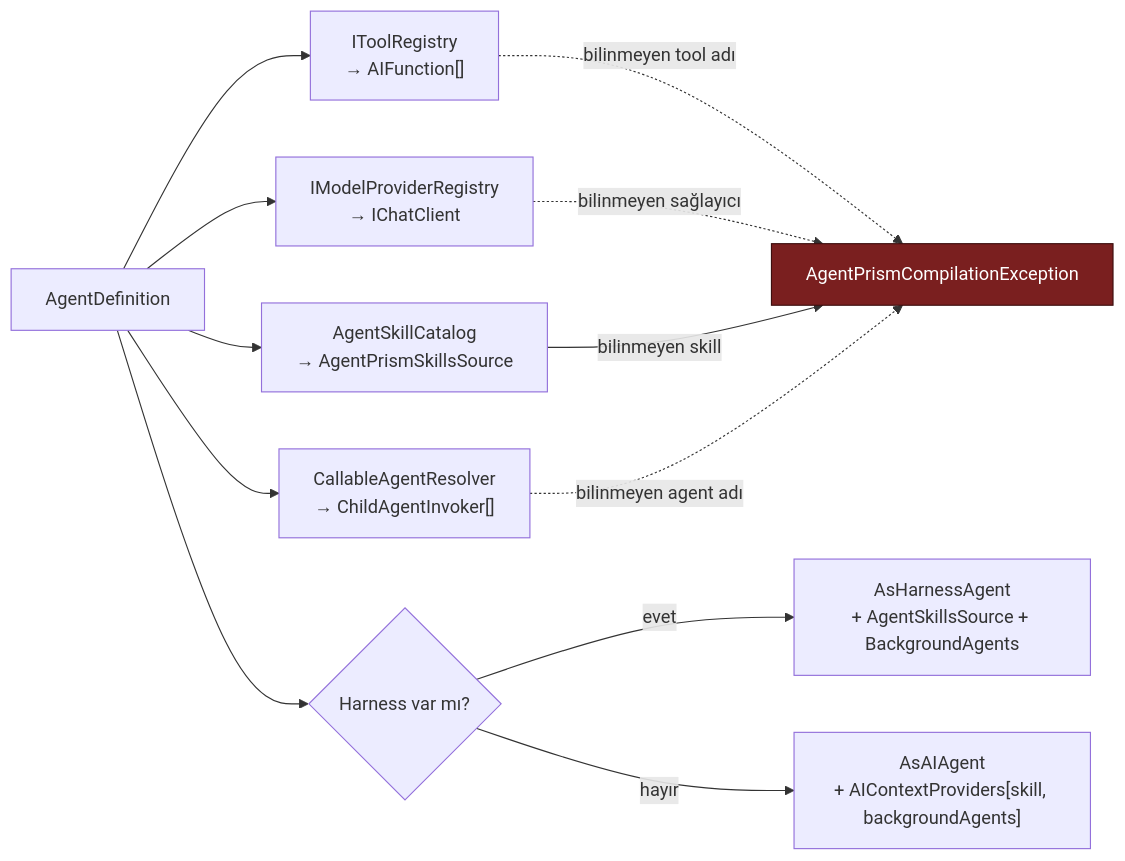
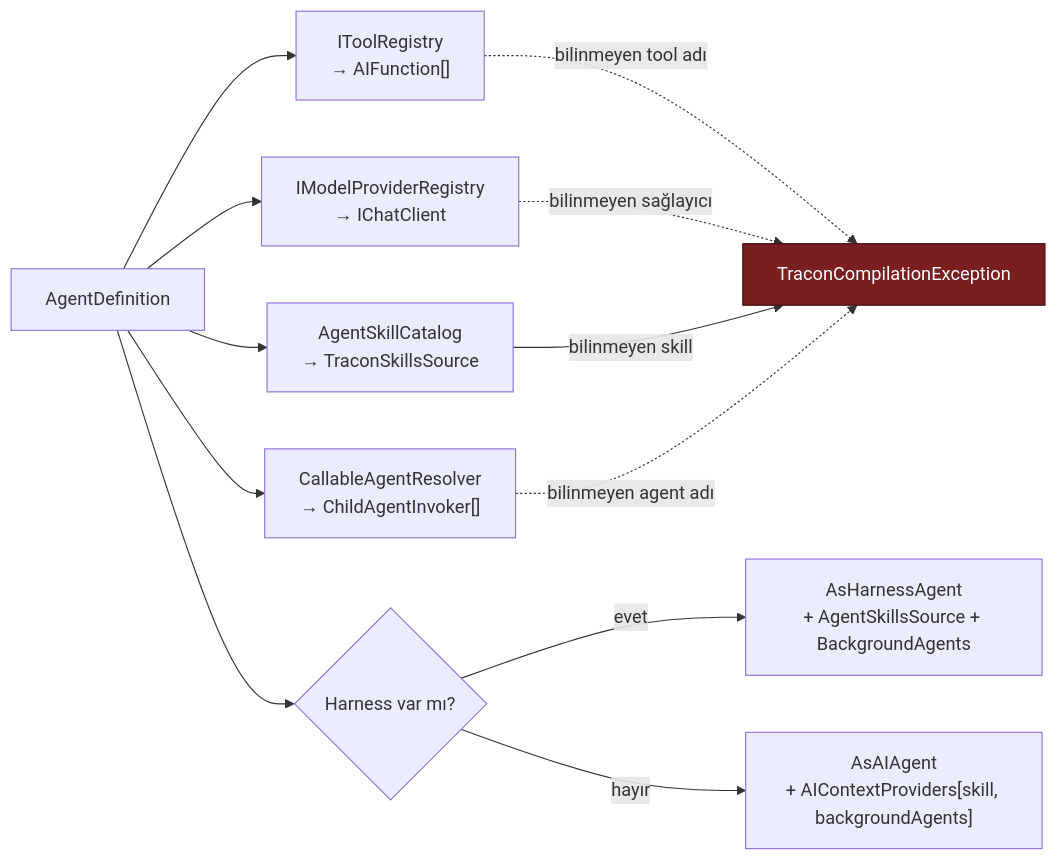
Before and after one commit to farukatasoy/Tracon: the fifth of 7 diagrams in docs/MIMARI.md, drawn with Mermaid. The commit also changed other lines of this file and 4535 other files, not shown here.

````diff
--- a/docs/MIMARI.md
+++ b/docs/MIMARI.md
@@ -332,17 +332,17 @@
 ```mermaid
 flowchart LR
     D["AgentDefinition"] --> M["IModelProviderRegistry<br/>→ IChatClient"]
     D --> T["IToolRegistry<br/>→ AIFunction[]"]
-    D --> S["AgentSkillCatalog<br/>→ AgentPrismSkillsSource"]
+    D --> S["AgentSkillCatalog<br/>→ TraconSkillsSource"]
     D --> G["CallableAgentResolver<br/>→ ChildAgentInvoker[]"]
     D --> H{"Harness var mı?"}
-    T -.->|"bilinmeyen tool adı"| E["AgentPrismCompilationException"]
+    T -.->|"bilinmeyen tool adı"| E["TraconCompilationException"]
     M -.->|"bilinmeyen sağlayıcı"| E
     S -->|"bilinmeyen skill"| E
     G -.->|"bilinmeyen agent adı"| E
     H -->|"evet"| HA["AsHarnessAgent<br/>+ AgentSkillsSource + BackgroundAgents"]
     H -->|"hayır"| CA["AsAIAgent<br/>+ AIContextProviders[skill, backgroundAgents]"]
 
     classDef hata fill:#7a1f1f,stroke:#3d0f0f,color:#ffffff
     class E hata
 ```
````
